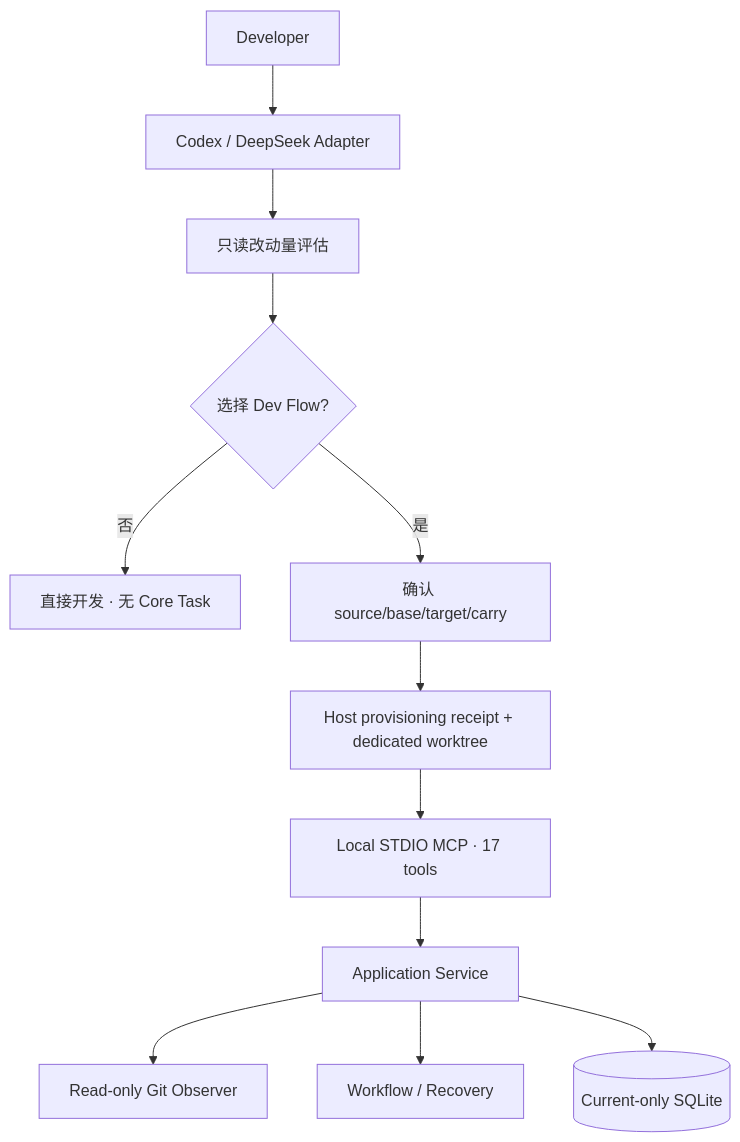
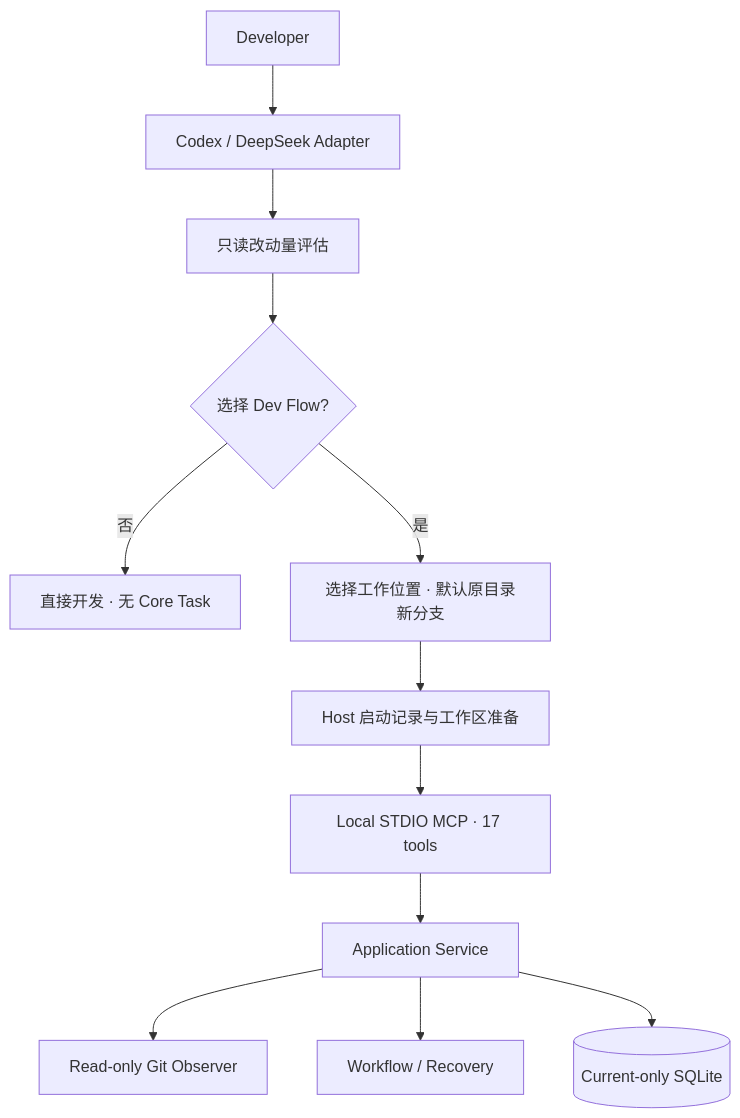
Before and after one commit to Innocent-children/dev-flow: the diagram in docs/ARCHITECTURE.md, drawn with Mermaid. The commit also changed other lines of this file and 73 other files, not shown here.

````diff
--- a/docs/ARCHITECTURE.md
+++ b/docs/ARCHITECTURE.md
@@ -14,14 +14,14 @@
 ```mermaid
 flowchart TB
     U[Developer] --> H[Codex / DeepSeek Adapter]
     H --> A[只读改动量评估]
     A --> C{选择 Dev Flow?}
     C -->|否| D[直接开发 · 无 Core Task]
-    C -->|是| P[确认 source/base/target/carry]
-    P --> W[Host provisioning receipt + dedicated worktree]
+    C -->|是| P[选择工作位置 · 默认原目录新分支]
+    P --> W[Host 启动记录与工作区准备]
     W --> M[Local STDIO MCP · 17 tools]
     M --> S[Application Service]
     S --> G[Read-only Git Observer]
     S --> F[Workflow / Recovery]
     S --> DB[(Current-only SQLite)]
 ```
````
